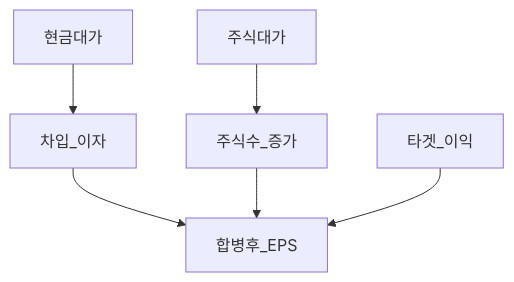
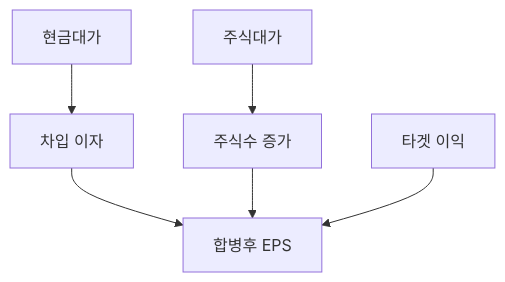
Before and after one commit to goldanghenry/Finances: the third of 5 diagrams in 09-corporate-finance/ma-basics.md, drawn with Mermaid. The commit also changed other lines of this file and 211 other files, not shown here.

````diff
--- a/09-corporate-finance/ma-basics.md
+++ b/09-corporate-finance/ma-basics.md
@@ -145,8 +159,8 @@
 ```mermaid
 flowchart TD
-  Cash[현금대가] --> Debt[차입_이자]
-  Stock[주식대가] --> Share[주식수_증가]
-  Debt --> EPS[합병후_EPS]
+  Cash[현금대가] --> Debt["차입 이자"]
+  Stock[주식대가] --> Share["주식수 증가"]
+  Debt --> EPS["합병후 EPS"]
   Share --> EPS
-  TargetE[타겟_이익] --> EPS
+  TargetE["타겟 이익"] --> EPS
 ```
````
